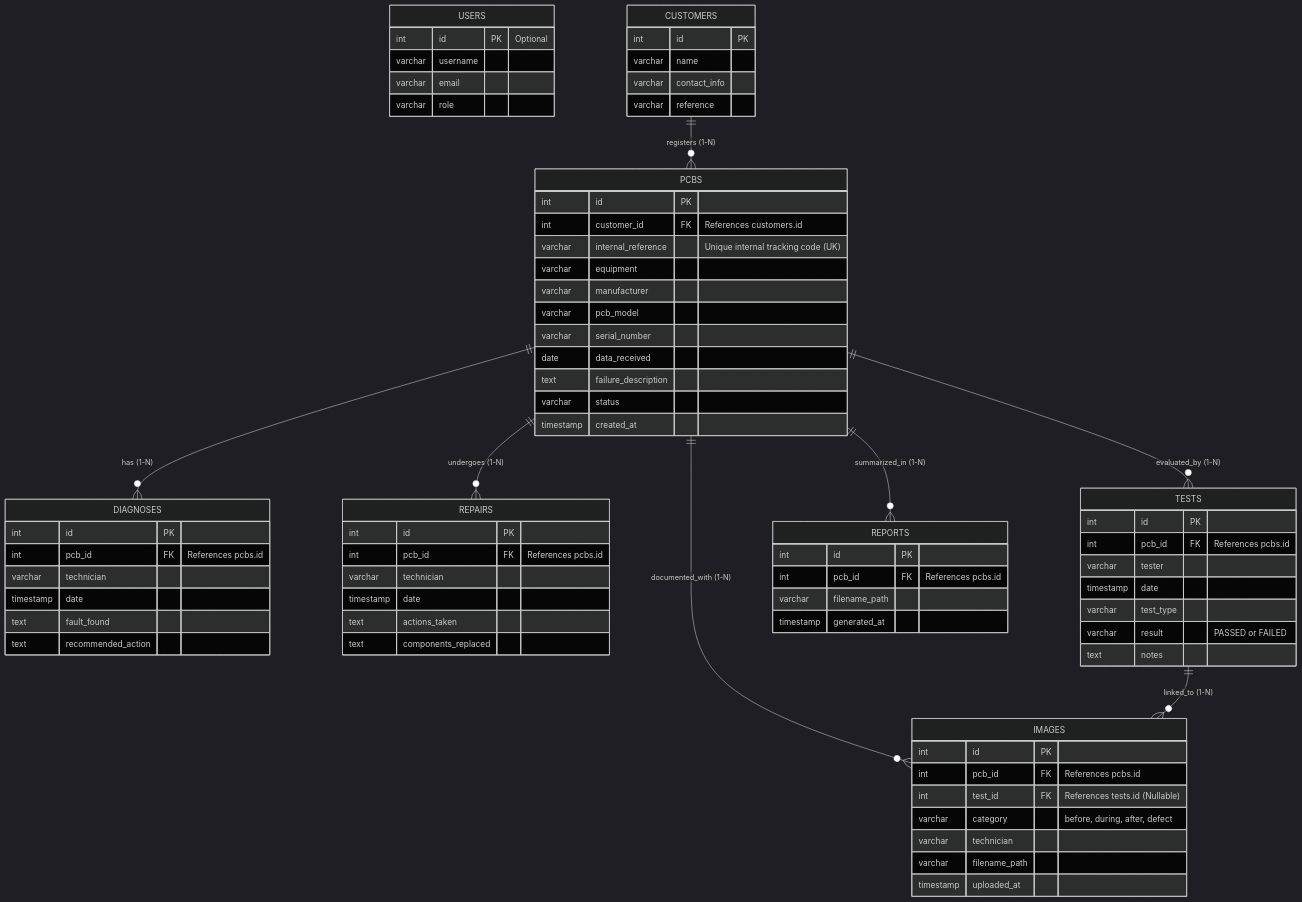
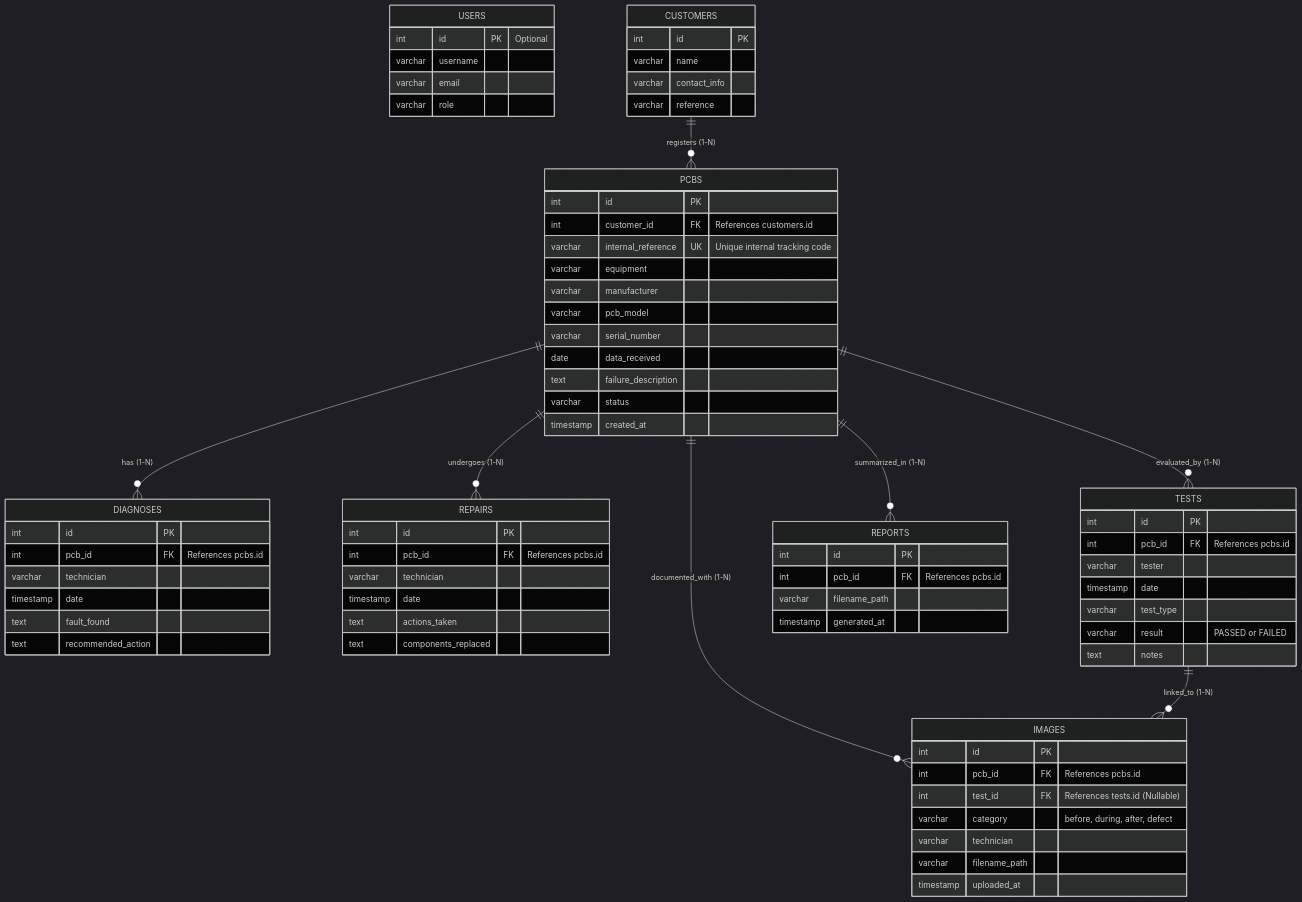
One commit to rdionisio1403/greenuppcb changed the diagram in documentation/database_schema.md. Above: the diagram before and after it, drawn with Mermaid (dark theme).

```diff
--- a/documentation/database_schema.md
+++ b/documentation/database_schema.md
@@ -34,7 +34,7 @@
     PCBS {
         int id PK
         int customer_id FK "References customers.id"
-        varchar internal_reference "Unique internal tracking code (UK)"
+        varchar internal_reference UK "Unique internal tracking code"
         varchar equipment
         varchar manufacturer
         varchar pcb_model
```
